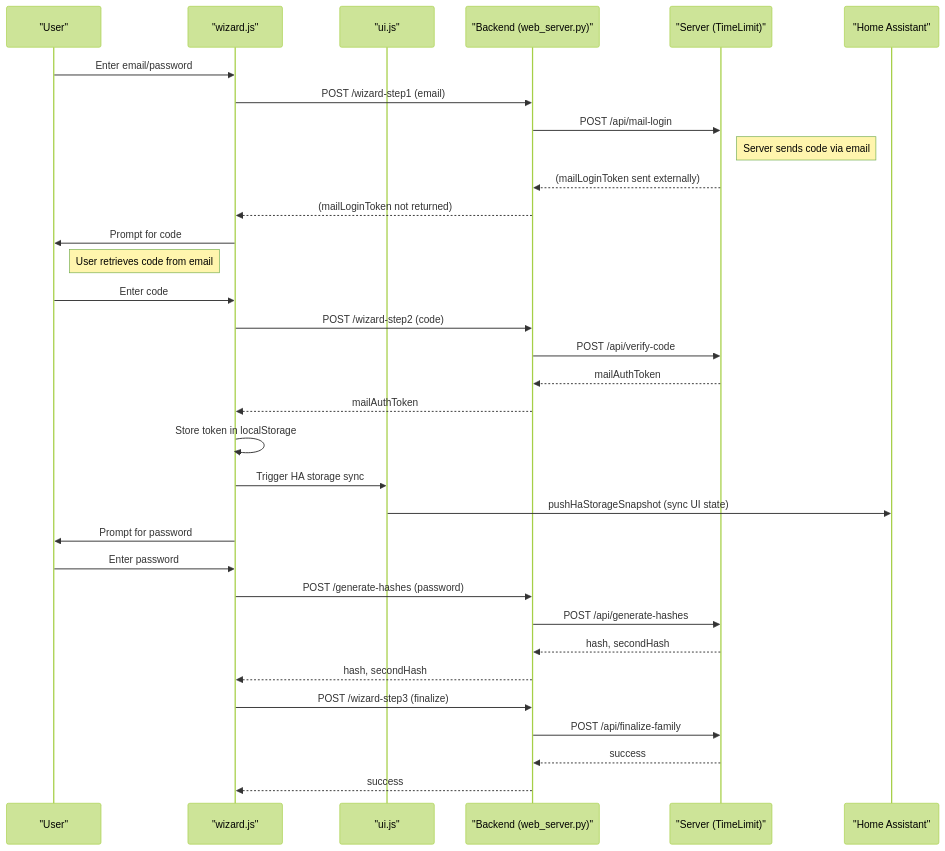
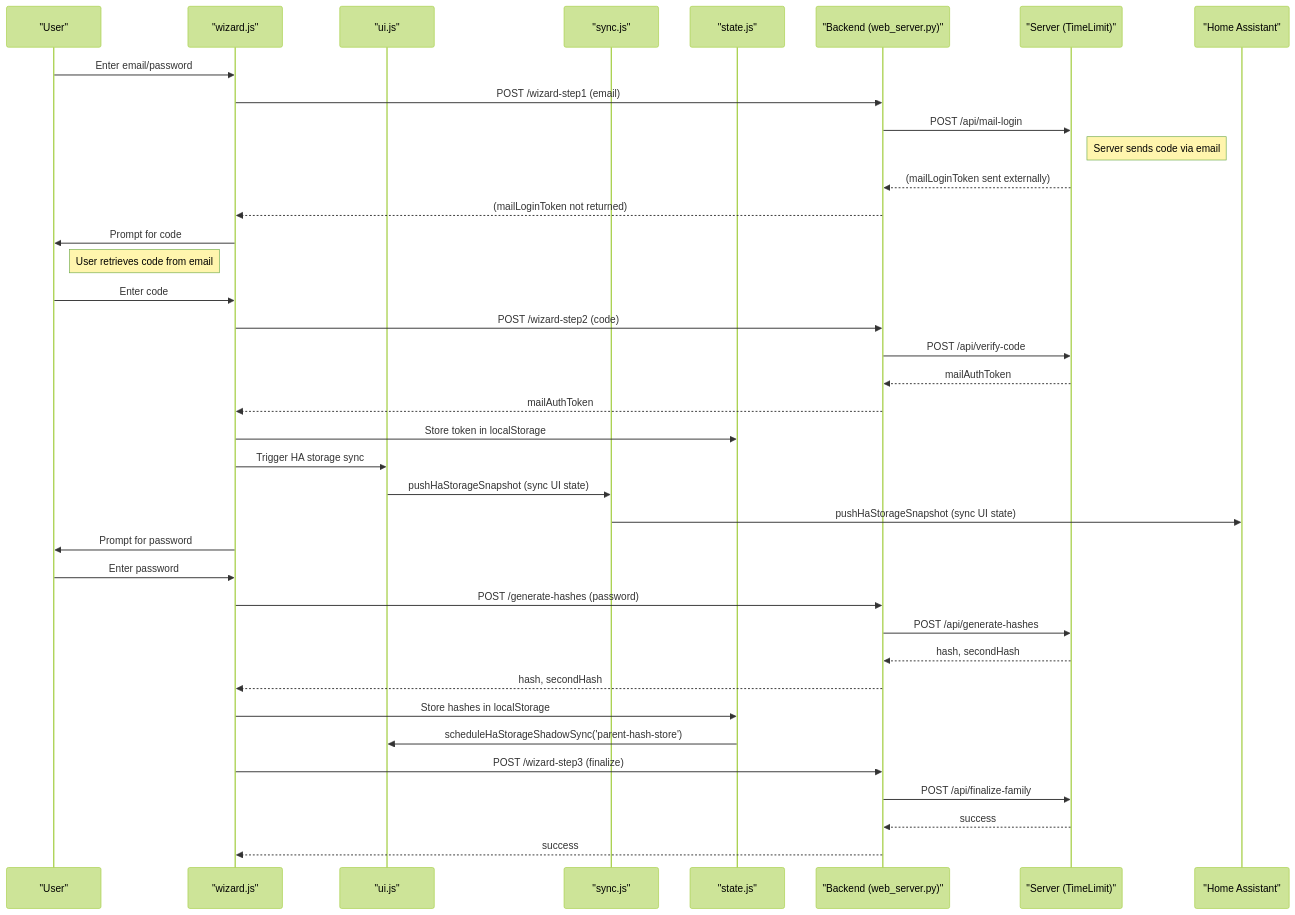
One commit to JeroenLind/timelimit-ui changed the third of 7 diagrams in timelimit-ui/DESIGN.md. Above: the diagram before and after it, drawn with Mermaid (forest theme). The commit also changed other lines of this file, not shown here.

````diff
--- a/timelimit-ui/DESIGN.md
+++ b/timelimit-ui/DESIGN.md
@@ -142,35 +158,40 @@
 ```mermaid
 sequenceDiagram
   participant usr as "User"
   participant wiz as "wizard.js"
   participant ui as "ui.js"
+  participant sync as "sync.js"
+  participant state as "state.js"
   participant be as "Backend (web_server.py)"
   participant srv as "Server (TimeLimit)"
   participant ha as "Home Assistant"
   usr->>wiz: Enter email/password
   wiz->>be: POST /wizard-step1 (email)
   be->>srv: POST /api/mail-login
   Note right of srv: Server sends code via email
   srv-->>be: (mailLoginToken sent externally)
   be-->>wiz: (mailLoginToken not returned)
   wiz->>usr: Prompt for code
   Note right of usr: User retrieves code from email
   usr->>wiz: Enter code
   wiz->>be: POST /wizard-step2 (code)
   be->>srv: POST /api/verify-code
   srv-->>be: mailAuthToken
   be-->>wiz: mailAuthToken
-  wiz->>wiz: Store token in localStorage
+  wiz->>state: Store token in localStorage
   wiz->>ui: Trigger HA storage sync
-  ui->>ha: pushHaStorageSnapshot (sync UI state)
+  ui->>sync: pushHaStorageSnapshot (sync UI state)
+  sync->>ha: pushHaStorageSnapshot (sync UI state)
   wiz->>usr: Prompt for password
   usr->>wiz: Enter password
   wiz->>be: POST /generate-hashes (password)
   be->>srv: POST /api/generate-hashes
   srv-->>be: hash, secondHash
   be-->>wiz: hash, secondHash
+  wiz->>state: Store hashes in localStorage
+  state->>ui: scheduleHaStorageShadowSync('parent-hash-store')
   wiz->>be: POST /wizard-step3 (finalize)
   be->>srv: POST /api/finalize-family
   srv-->>be: success
   be-->>wiz: success
 ```
````
